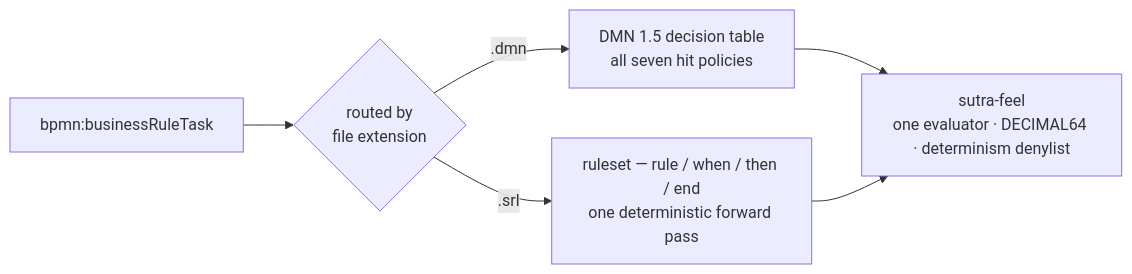
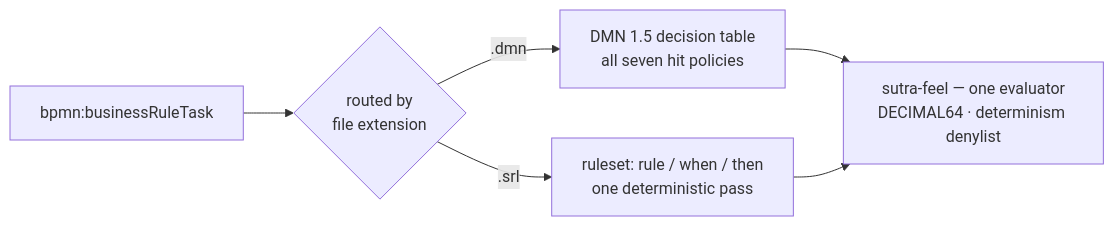
The first of 2 diagrams in docs/src/building/rules.md (startr-trade/sutra), drawn with Mermaid before and after one commit. The commit also changed 18 other files, not shown here.

Commit message:
(docs) Update to the documentation diagrams

````diff
--- a/docs/src/building/rules.md
+++ b/docs/src/building/rules.md
@@ -7,8 +7,8 @@
 ```mermaid
 flowchart LR
     BRT["bpmn:businessRuleTask"] --> R{"routed by<br/>file extension"}
     R -->|".dmn"| D["DMN 1.5 decision table<br/>all seven hit policies"]
-    R -->|".srl"| S["ruleset — rule / when / then / end<br/>one deterministic forward pass"]
-    D --> F["sutra-feel<br/>one evaluator · DECIMAL64 · determinism denylist"]
+    R -->|".srl"| S["ruleset: rule / when / then<br/>one deterministic pass"]
+    D --> F["sutra-feel — one evaluator<br/>DECIMAL64 · determinism denylist"]
     S --> F
 ```
````
